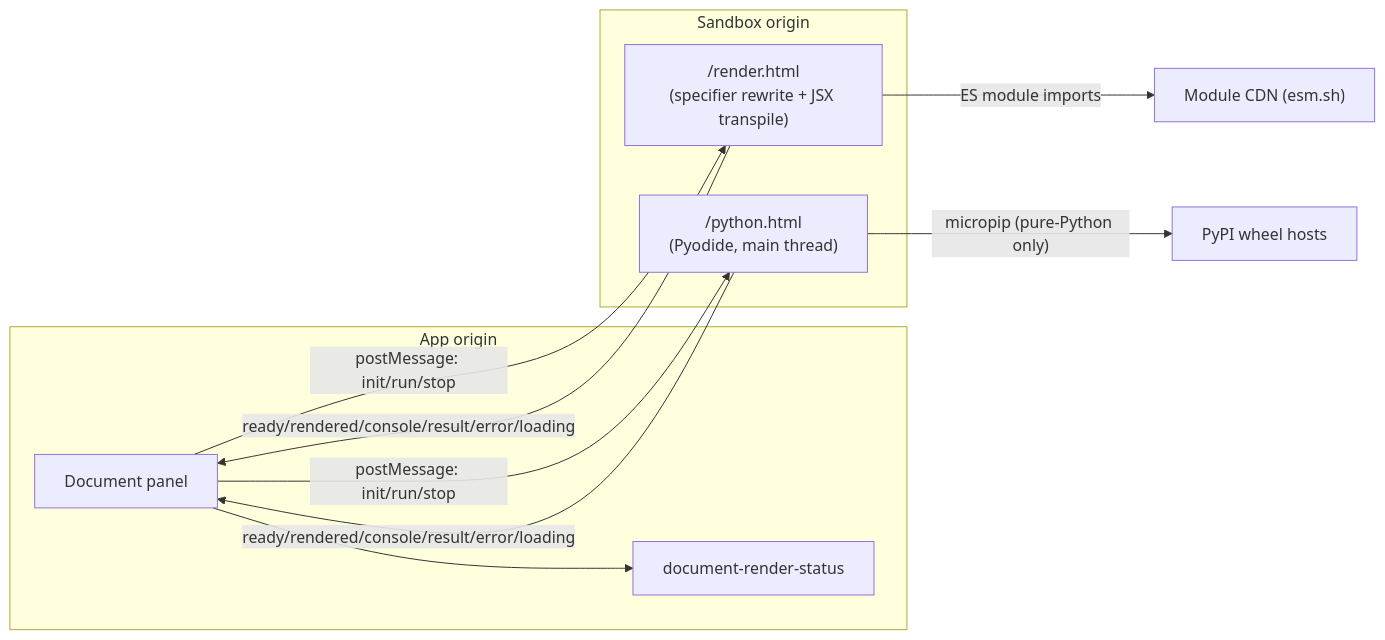
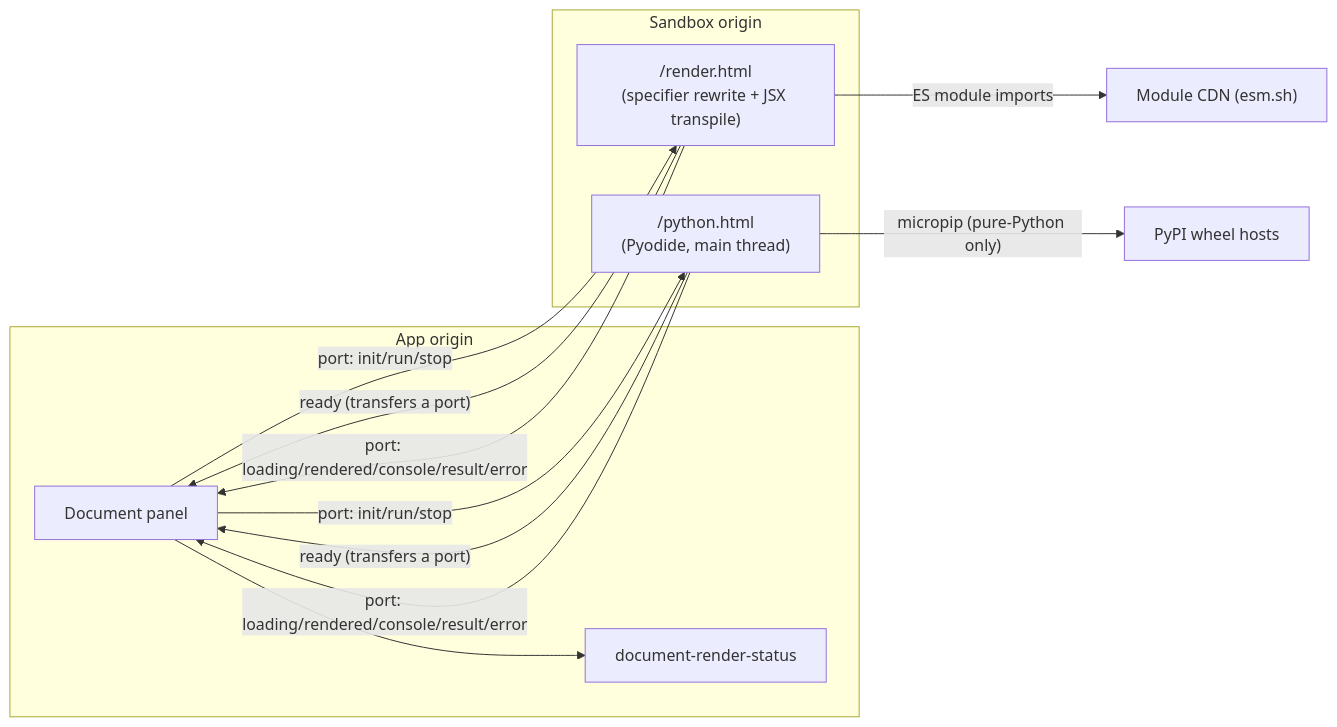
One commit to LOME-AI/LOME-CHAT changed the diagram in docs/DOCUMENTS.md. Above: the diagram before and after it, drawn with Mermaid. The commit also changed other lines of this file and 151 other files, not shown here.

````diff
--- a/docs/DOCUMENTS.md
+++ b/docs/DOCUMENTS.md
@@ -36,19 +36,20 @@
 ```mermaid
 flowchart LR
   subgraph App origin
     Panel["Document panel"]
     Status["document-render-status"]
   end
   subgraph Sandbox origin
     A["/render.html<br/>(specifier rewrite + JSX transpile)"]
     P["/python.html<br/>(Pyodide, main thread)"]
   end
   CDN["Module CDN (esm.sh)"]
   Wheels["PyPI wheel hosts"]
 
-  Panel -- "postMessage: init/run/stop" --> A & P
-  A & P -- "ready/rendered/console/result/error/loading" --> Panel
+  A & P -- "ready (transfers a port)" --> Panel
+  Panel -- "port: init/run/stop" --> A & P
+  A & P -- "port: loading/rendered/console/result/error" --> Panel
   Panel --> Status
   A -- "ES module imports" --> CDN
   P -- "micropip (pure-Python only)" --> Wheels
 ```
````
